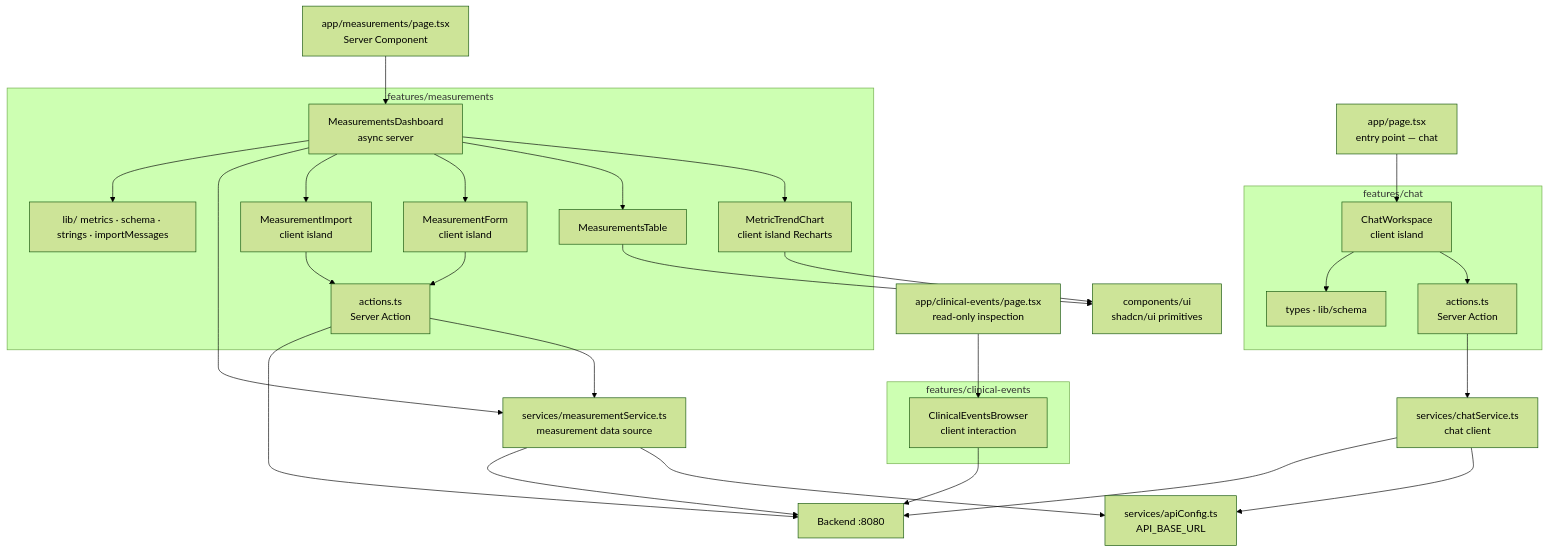
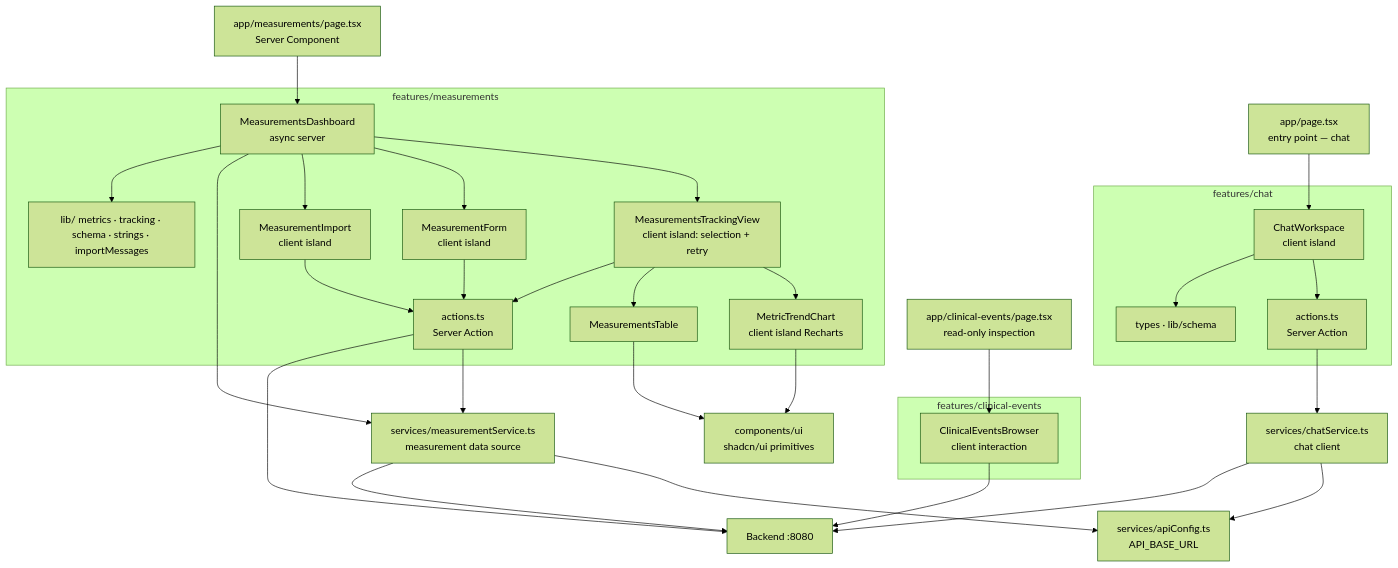
One commit to devmauriciopineda/careme changed the fourth of 4 diagrams in docs/architecture.md. Above: the diagram before and after it, drawn with Mermaid (forest theme). The commit also changed other lines of this file and 51 other files, not shown here.

Commit message:
metric tracking view

````diff
--- a/docs/architecture.md
+++ b/docs/architecture.md
@@ -275,51 +275,54 @@
 ```mermaid
 flowchart TB
     page["app/page.tsx<br/>entry point — chat"]
     epage["app/clinical-events/page.tsx<br/>read-only inspection"]
     mpage["app/measurements/page.tsx<br/>Server Component"]
     subgraph clinical["features/clinical-events"]
       browser["ClinicalEventsBrowser<br/>client interaction"]
     end
     subgraph feat["features/measurements"]
         dash["MeasurementsDashboard<br/>async server"]
+        view["MeasurementsTrackingView<br/>client island: selection + retry"]
         chart["MetricTrendChart<br/>client island Recharts"]
         table["MeasurementsTable"]
         form["MeasurementForm<br/>client island"]
         impc["MeasurementImport<br/>client island"]
         action["actions.ts<br/>Server Action"]
-        lib["lib/ metrics · schema · strings · importMessages"]
+        lib["lib/ metrics · tracking · schema · strings · importMessages"]
     end
     subgraph chat["features/chat"]
         workspace["ChatWorkspace<br/>client island"]
         caction["actions.ts<br/>Server Action"]
         ctypes["types · lib/schema"]
     end
     svc["services/measurementService.ts<br/>measurement data source"]
     csvc["services/chatService.ts<br/>chat client"]
     cfg["services/apiConfig.ts<br/>API_BASE_URL"]
     ui["components/ui<br/>shadcn/ui primitives"]
     be["Backend :8080"]
     page --> workspace
     epage --> browser
     workspace --> caction
     workspace --> ctypes
     caction --> csvc
     csvc --> cfg
     csvc --> be
     browser --> be
     mpage --> dash
-    dash --> chart
-    dash --> table
+    dash --> view
     dash --> form
     dash --> impc
     dash --> svc
     dash --> lib
+    view --> chart
+    view --> table
+    view --> action
     form --> action
     impc --> action
     action --> svc
     svc --> cfg
     svc --> be
     action --> be
     chart --> ui
     table --> ui
 ```
````
